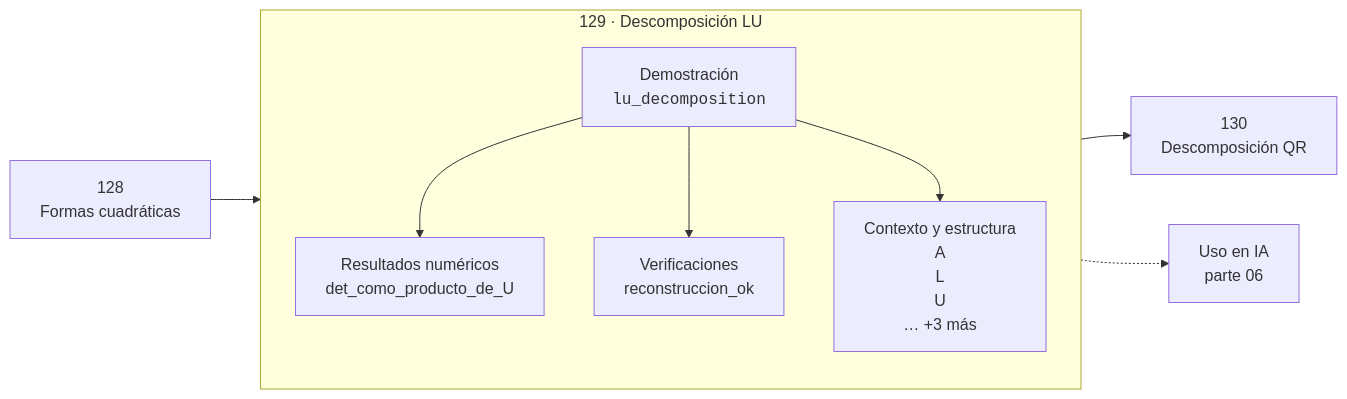
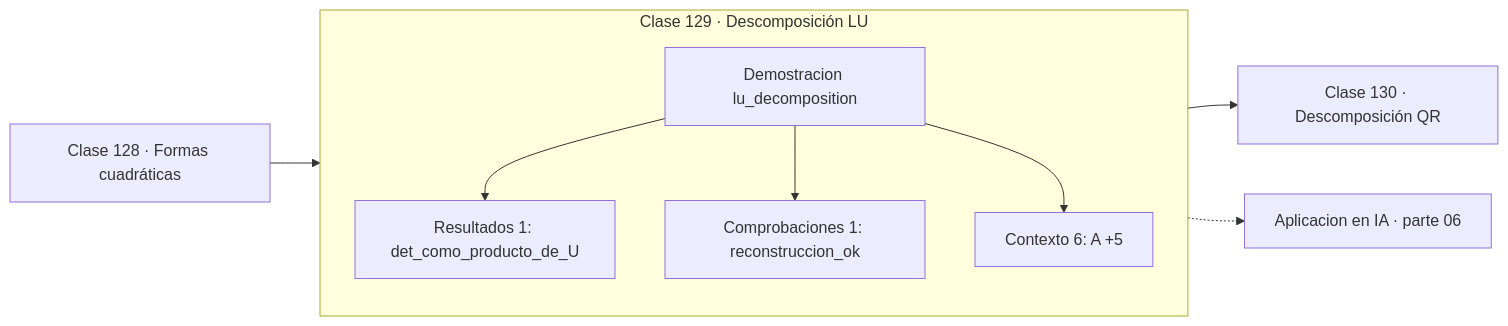
Before and after one commit to vladimiracunadev-create/computational-mathematics-program: the diagram in classes/part-06-algebra-lineal-ii-descomposiciones-y-tensores/129-descomposicion-lu/README.md, drawn with Mermaid. The commit also changed 389 other files, not shown here.

First line of the commit message:
fix(diagramas): elimina el HTML de las etiquetas Mermaid

````diff
--- a/classes/part-06-algebra-lineal-ii-descomposiciones-y-tensores/129-descomposicion-lu/README.md
+++ b/classes/part-06-algebra-lineal-ii-descomposiciones-y-tensores/129-descomposicion-lu/README.md
@@ -30,12 +30,13 @@
 ```mermaid
 flowchart LR
-    P["128<br/>Formas cuadráticas"] --> C
-    subgraph C["129 · Descomposición LU"]
+    P["Clase 128 · Formas cuadráticas"] --> D
+    subgraph CLASE["Clase 129 · Descomposición LU"]
         direction TB
-        D["Demostración<br/><code>lu_decomposition</code>"] --> R["Resultados numéricos<br/>det_como_producto_de_U"]
-        D --> V["Verificaciones<br/>reconstruccion_ok"]
-        D --> O["Contexto y estructura<br/>A<br/>L<br/>U<br/>… +3 más"]
+        D["Demostracion lu_decomposition"]
+        D --> R["Resultados 1: det_como_producto_de_U"]
+        D --> V["Comprobaciones 1: reconstruccion_ok"]
+        D --> O["Contexto 6: A +5"]
     end
-    C --> N["130<br/>Descomposición QR"]
-    C -.-> IA["Uso en IA<br/>parte 06"]
+    R --> N["Clase 130 · Descomposición QR"]
+    V -.-> IA["Aplicacion en IA · parte 06"]
 ```
````
